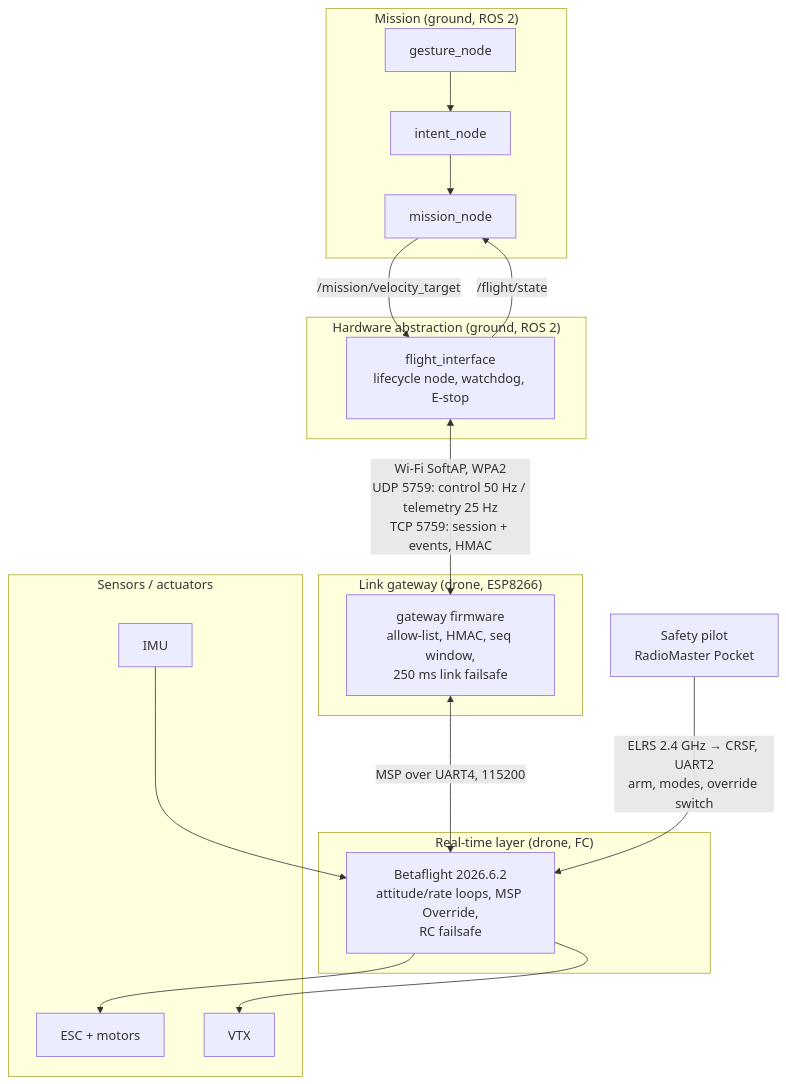
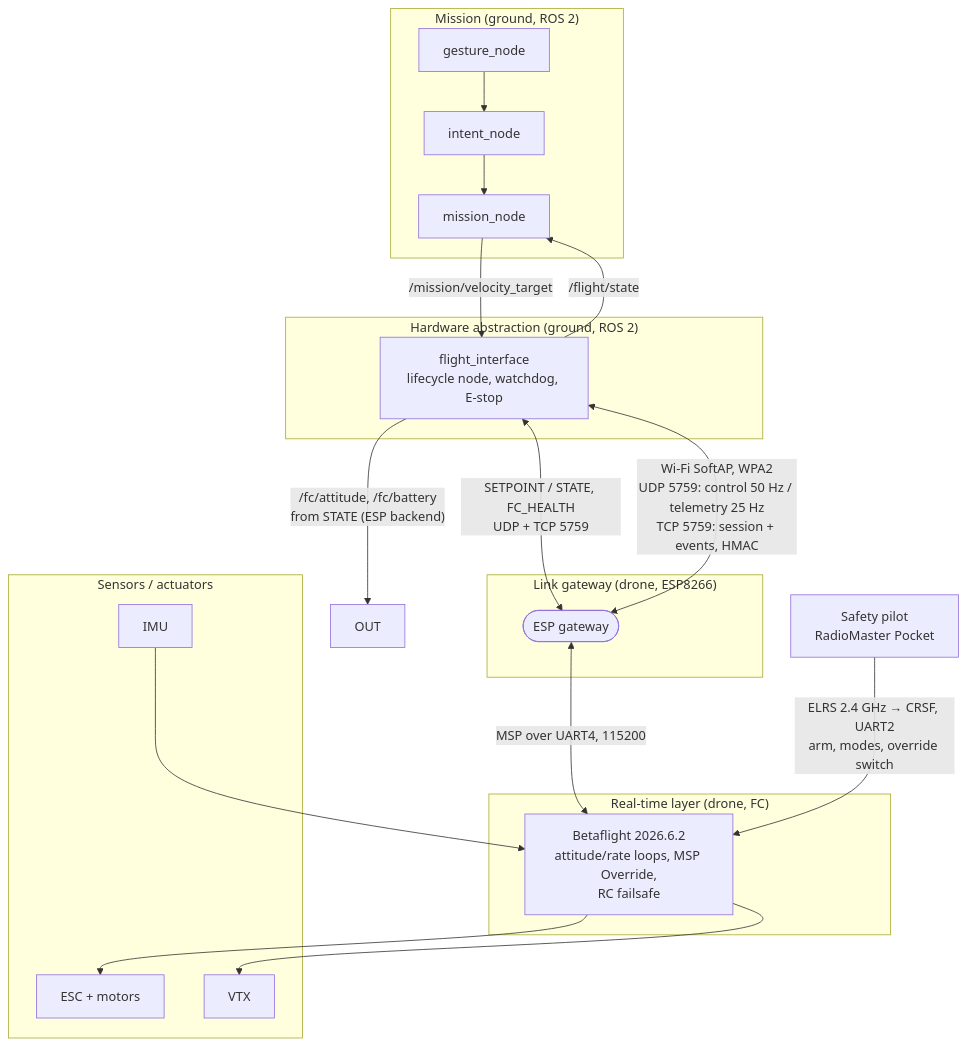
One commit to SEAME-pt/SEA-ME_Team1_ROSRangers changed the first of 2 diagrams in docs/PraticalPlan/03 Architecture/Architecture Document.md. Above: the diagram before and after it, drawn with Mermaid. The commit also changed other lines of this file and 29 other files, not shown here.

First line of the commit message:
Add the ESP backend to flight_interface and record its decisions in ADR-025 (#103 part 2) (#187)

````diff
--- a/docs/PraticalPlan/03 Architecture/Architecture Document.md
+++ b/docs/PraticalPlan/03 Architecture/Architecture Document.md
@@ -26,25 +26,27 @@
 ```mermaid
 flowchart TB
   subgraph L1["Mission (ground, ROS 2)"]
     GEST[gesture_node] --> INT[intent_node] --> MIS[mission_node]
   end
   subgraph L2["Hardware abstraction (ground, ROS 2)"]
     FI["flight_interface<br/>lifecycle node, watchdog, E-stop"]
   end
   subgraph L3["Link gateway (drone, ESP8266)"]
     ESP["gateway firmware<br/>allow-list, HMAC, seq window,<br/>250 ms link failsafe"]
   end
   subgraph L4["Real-time layer (drone, FC)"]
     FC["Betaflight 2026.6.2<br/>attitude/rate loops, MSP Override,<br/>RC failsafe"]
   end
   subgraph L5["Sensors / actuators"]
     IMU[IMU] --> FC
     FC --> ESC[ESC + motors]
     FC --> VTX[VTX]
   end
   MIS -->|"/mission/velocity_target"| FI
   FI -->|"/flight/state"| MIS
+  FI <-->|"SETPOINT / STATE, FC_HEALTH<br/>UDP + TCP 5759"| ESP([ESP gateway])
+  FI -->|"/fc/attitude, /fc/battery<br/>from STATE (ESP backend)"| OUT
   FI <-->|"Wi-Fi SoftAP, WPA2<br/>UDP 5759: control 50 Hz / telemetry 25 Hz<br/>TCP 5759: session + events, HMAC"| ESP
   ESP <-->|"MSP over UART4, 115200"| FC
   PILOT["Safety pilot<br/>RadioMaster Pocket"] -->|"ELRS 2.4 GHz → CRSF, UART2<br/>arm, modes, override switch"| FC
 ```
````
